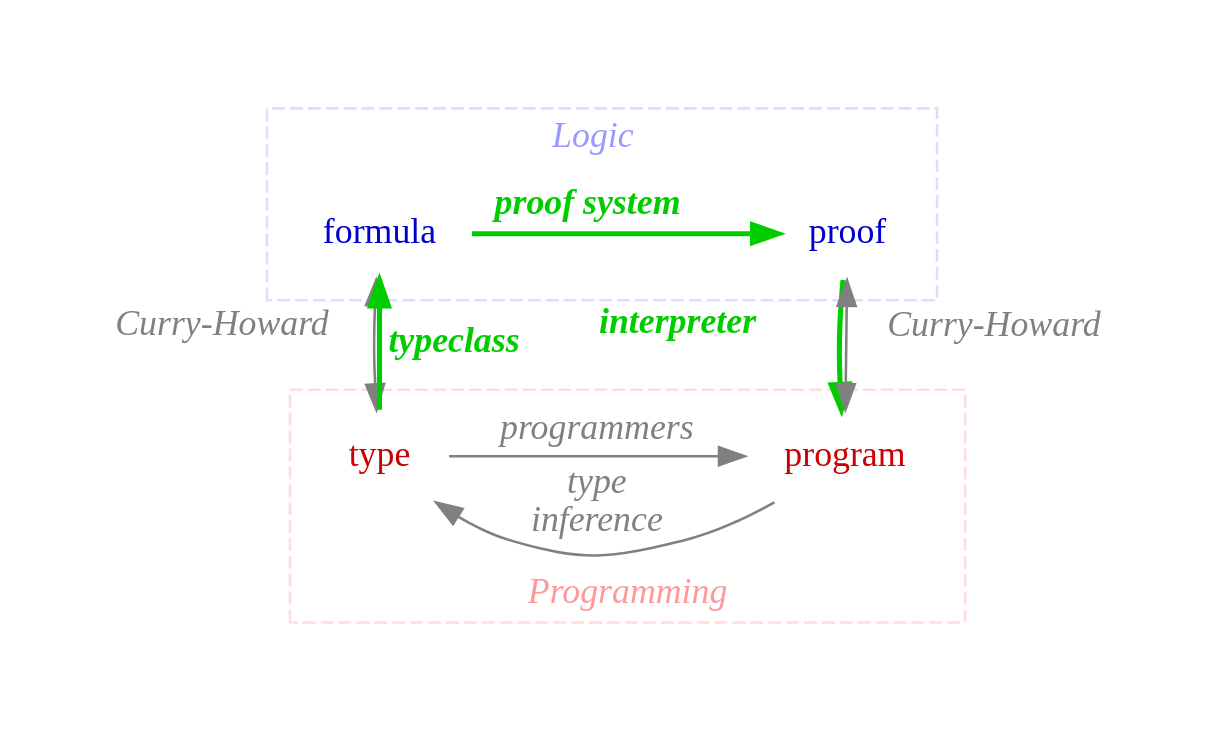
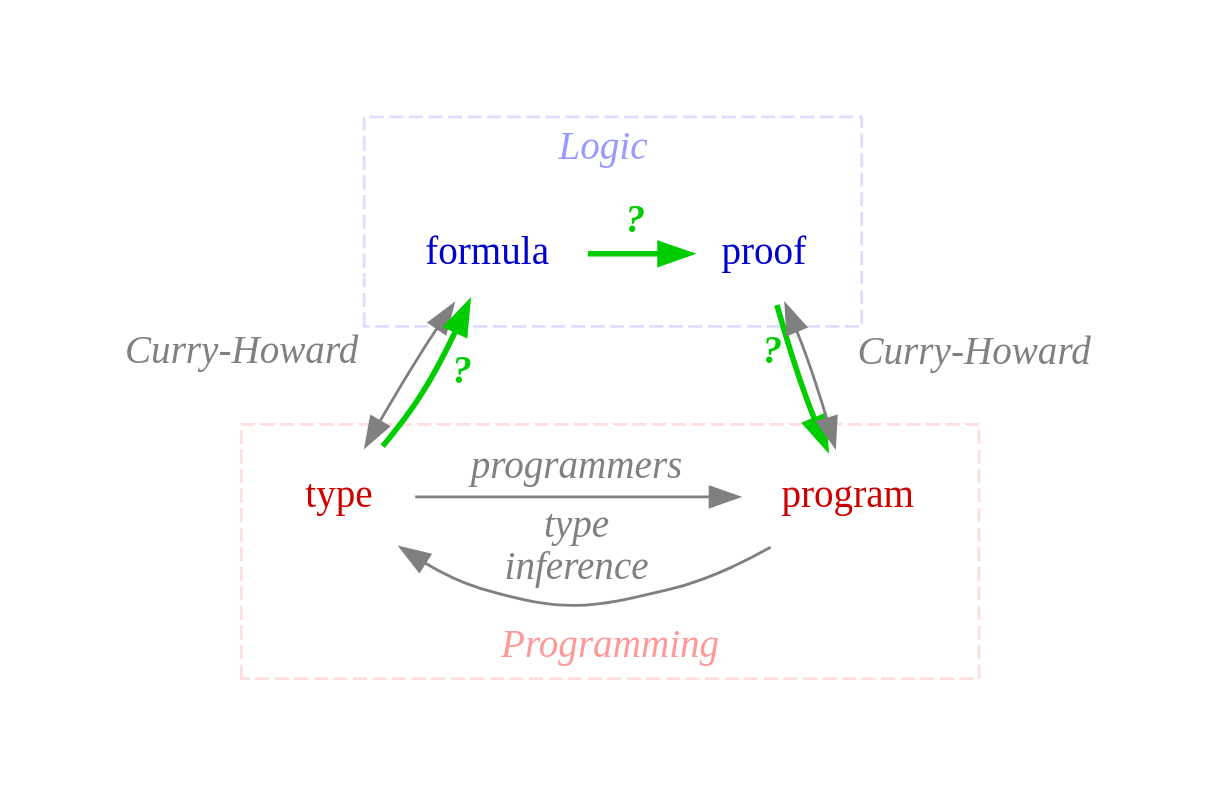
One commit to arosien/sequentish changed the diagram in src/main/asciidoctor/curry-howard-goal.dot. Above: the diagram before and after it, drawn with Graphviz. The commit also changed 1 other file, not shown here.

Commit message:
Remove proof system label from curry-howard graphs.

```diff
--- a/src/main/asciidoctor/curry-howard-goal.dot
+++ b/src/main/asciidoctor/curry-howard-goal.dot
@@ -1,44 +1,44 @@
 digraph x {
   pad=0.4
   size="9,15!"
 
   node [shape=none]
   edge [color=grey fontcolor=grey fontname="times-italic"]
 
   subgraph cluster_logic {
     label=<Logic>
     color="#ddddff"
     fontcolor="#9999ff"
     fontname="times-italic"
     style=dashed
 
     formula [fontcolor=blue3]
     proof [fontcolor=blue3]
     
     { rank=same formula proof }
   }
  
   subgraph cluster_prog {
     label="\nProgramming"
     labelloc=b
     color="#ffdddd"
     fontcolor="#ff9999"
     fontname="times-italic"
     style=dashed
     
     program [fontcolor=red3]
     type [fontcolor=red3]
     
     { rank=same type program }  
   }
 
-  formula -> proof [label=<<b>proof system</b>>,color=green3,fontcolor=green3,style=bold]
+  formula -> proof [label=<<b>?</b>>,color=green3,fontcolor=green3,style=bold]
   program -> type [label="type\ninference",color=grey]
   type -> program [label="programmers",color=grey]
 
   formula -> type [xlabel="Curry-Howard  ",dir=both,color=grey]
   program -> proof [xlabel="  Curry-Howard",dir=both,color=grey]
 
-  type -> formula [label=<<b>  typeclass</b>>,color=green3,fontcolor=green3,style=bold]
-  proof -> program [xlabel=<<b>interpreter </b>>,color=green3,fontcolor=green3,style=bold]
+  type -> formula [label=<<b>  ?</b>>,color=green3,fontcolor=green3,style=bold]
+  proof -> program [xlabel=<<b>? </b>>,color=green3,fontcolor=green3,style=bold]
 }
```
